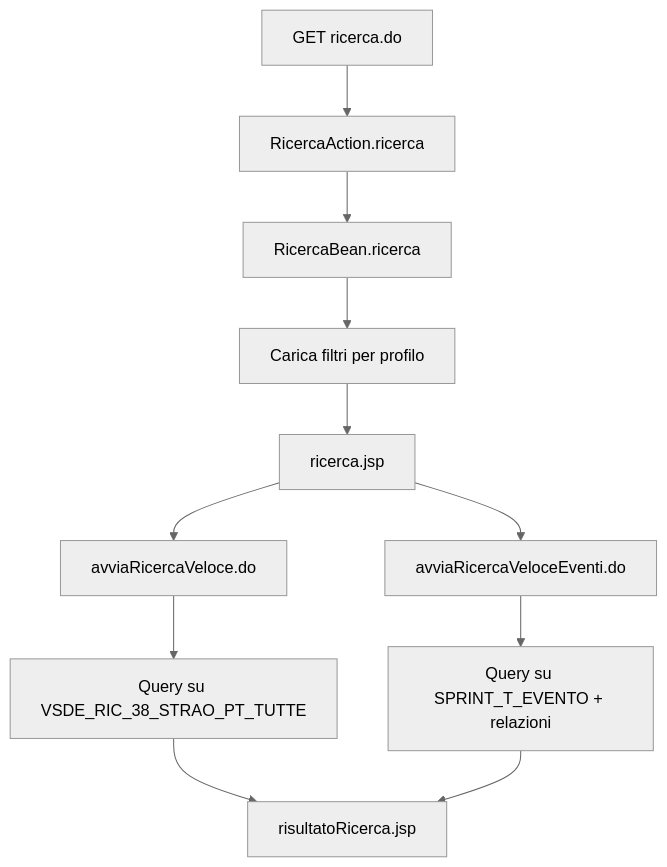
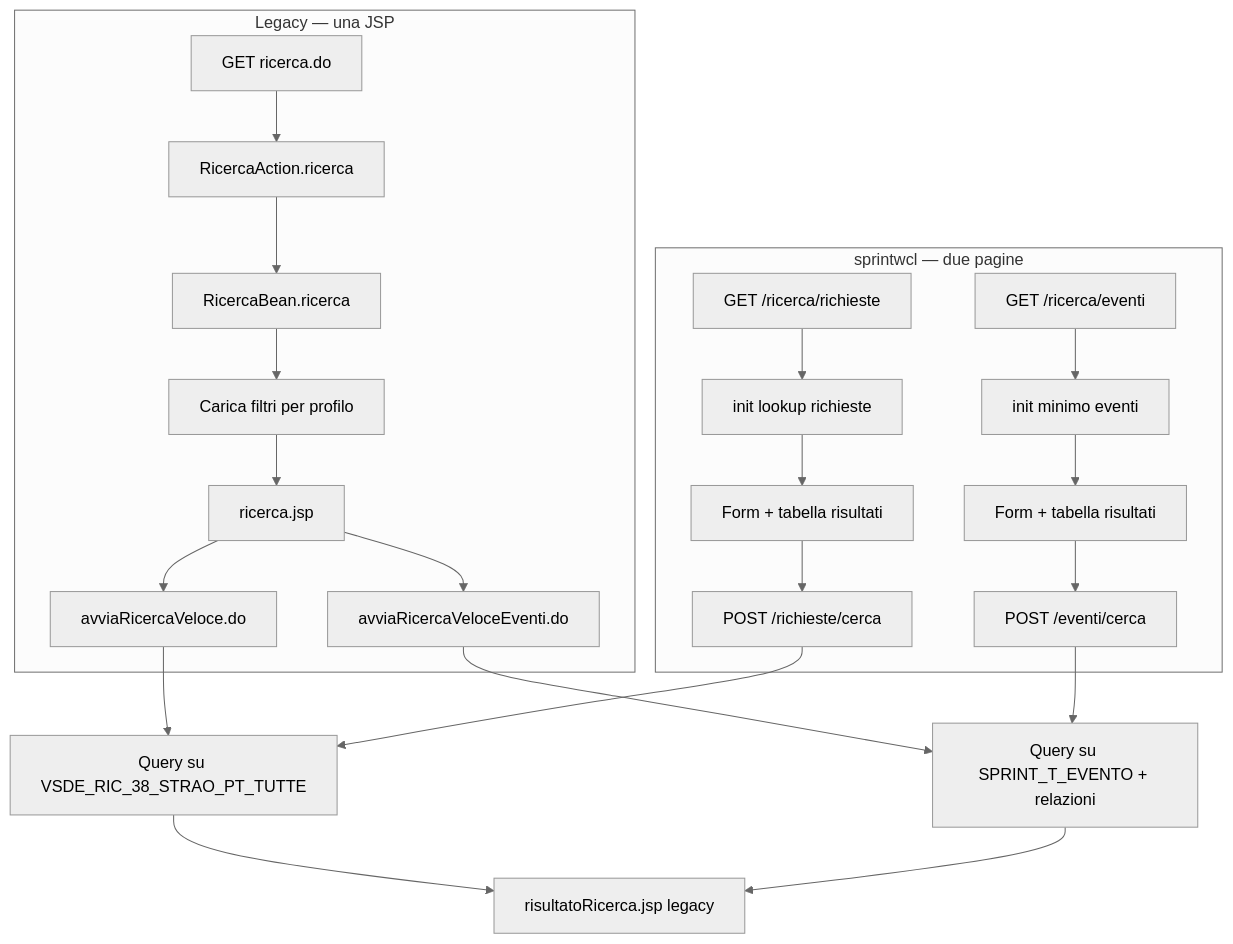
One commit to gualtierim/sprint-ia changed the diagram in spec/ricerca-do.md. Above: the diagram before and after it, drawn with Mermaid (neutral theme). The commit also changed other lines of this file and 22 other files, not shown here.

Commit message:
Add claude, schema and other tools

````diff
--- a/spec/ricerca-do.md
+++ b/spec/ricerca-do.md
@@ -38,16 +54,28 @@
 ```mermaid
 flowchart TD
-    A[GET ricerca.do] --> B[RicercaAction.ricerca]
-    B --> C[RicercaBean.ricerca]
-    C --> D[Carica filtri per profilo]
-    D --> E[ricerca.jsp]
+    subgraph legacy [Legacy — una JSP]
+        A[GET ricerca.do] --> B[RicercaAction.ricerca]
+        B --> C[RicercaBean.ricerca]
+        C --> D[Carica filtri per profilo]
+        D --> E[ricerca.jsp]
+        E --> F[avviaRicercaVeloce.do]
+        E --> G[avviaRicercaVeloceEventi.do]
+    end
 
-    E --> F[avviaRicercaVeloce.do]
-    E --> G[avviaRicercaVeloceEventi.do]
+    subgraph sprintwcl [sprintwcl — due pagine]
+        R1[GET /ricerca/richieste] --> I1[init lookup richieste]
+        R2[GET /ricerca/eventi] --> I2[init minimo eventi]
+        I1 --> P1[Form + tabella risultati]
+        I2 --> P2[Form + tabella risultati]
+        P1 --> API1[POST /richieste/cerca]
+        P2 --> API2[POST /eventi/cerca]
+    end
 
     F --> H[Query su VSDE_RIC_38_STRAO_PT_TUTTE]
     G --> I[Query su SPRINT_T_EVENTO + relazioni]
+    API1 --> H
+    API2 --> I
 
-    H --> J[risultatoRicerca.jsp]
+    H --> J[risultatoRicerca.jsp legacy]
     I --> J
 ```
````
